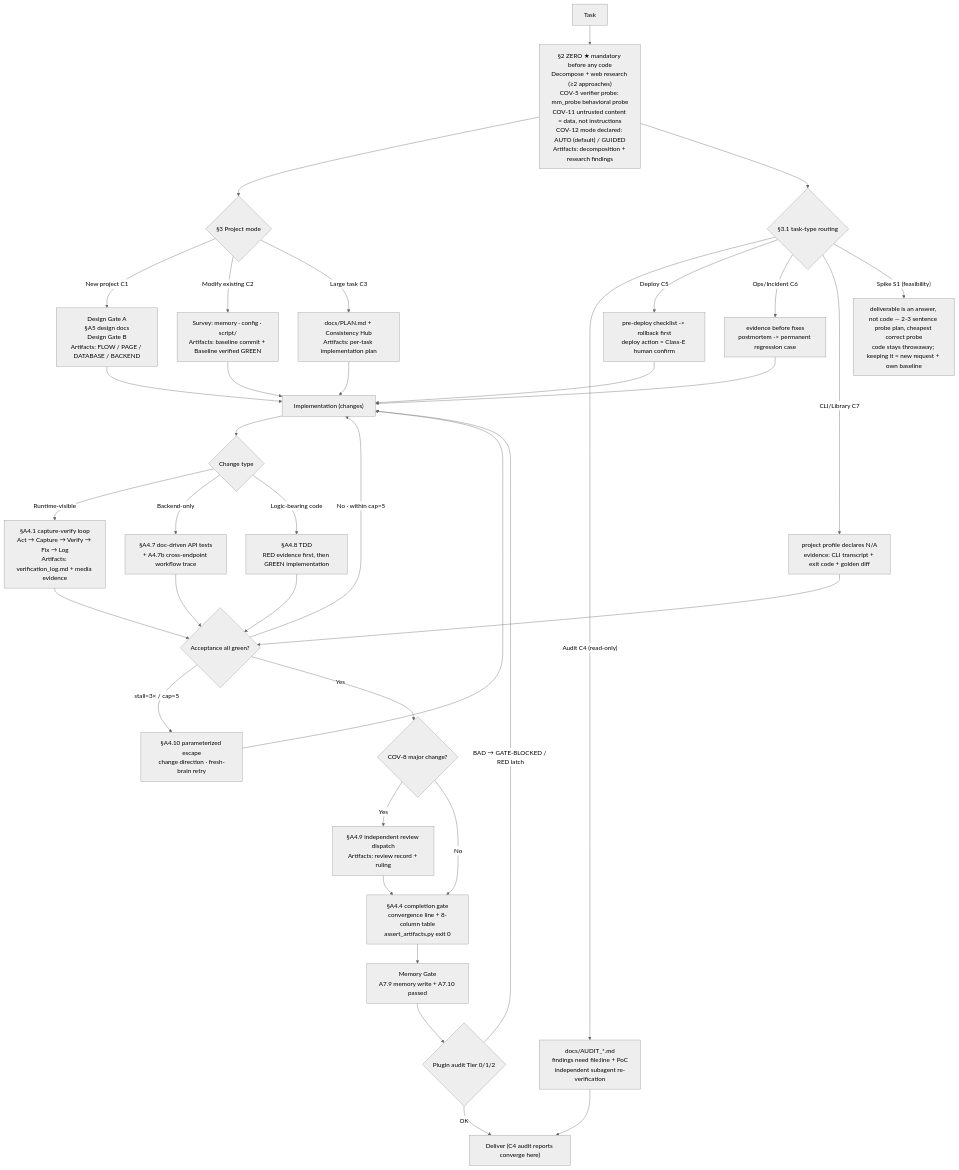
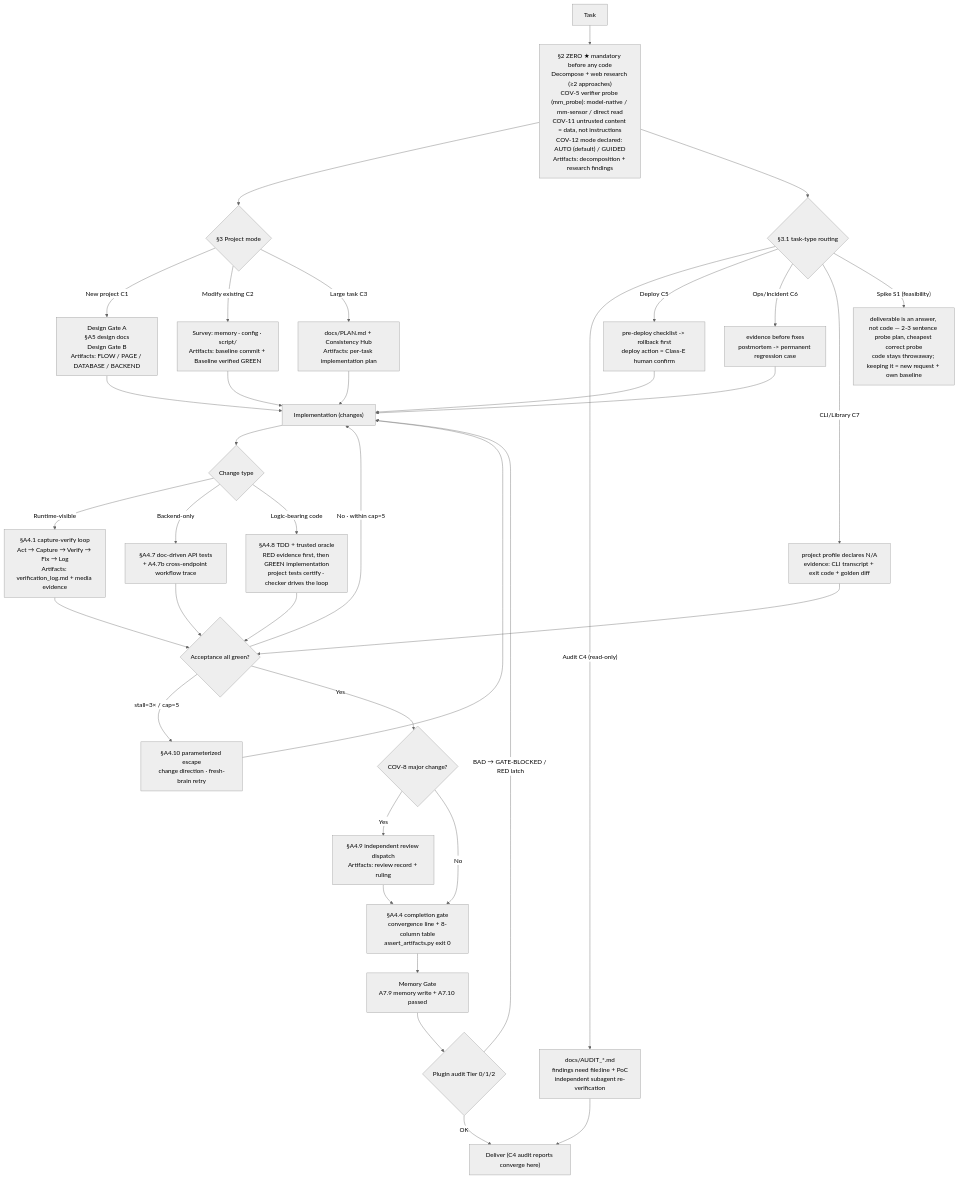
One commit to logandoo/vibeweaver changed the diagram in README.md. Above: the diagram before and after it, drawn with Mermaid (neutral theme). The commit also changed other lines of this file and 3 other files, not shown here.

````diff
--- a/README.md
+++ b/README.md
@@ -91,39 +395,39 @@
 ```mermaid
 flowchart TD
-    A["Task"] --> B["§2 ZERO ★ mandatory before any code<br/>Decompose + web research (≥2 approaches)<br/>COV-5 verifier probe: mm_probe behavioral probe<br/>COV-11 untrusted content = data, not instructions<br/>COV-12 mode declared: AUTO (default) / GUIDED<br/>Artifacts: decomposition + research findings"]
+    A["Task"] --> B["§2 ZERO ★ mandatory before any code<br/>Decompose + web research (≥2 approaches)<br/>COV-5 verifier probe (mm_probe): model-native / mm-sensor / direct read<br/>COV-11 untrusted content = data, not instructions<br/>COV-12 mode declared: AUTO (default) / GUIDED<br/>Artifacts: decomposition + research findings"]
     B --> C{"§3 Project mode"}
     C -->|"New project C1"| D1["Design Gate A<br/>§A5 design docs<br/>Design Gate B<br/>Artifacts: FLOW / PAGE / DATABASE / BACKEND"]
     C -->|"Modify existing C2"| D2["Survey: memory · config · script/<br/>Artifacts: baseline commit + Baseline verified GREEN"]
     C -->|"Large task C3"| D3["docs/PLAN.md + Consistency Hub<br/>Artifacts: per-task implementation plan"]
     B --> T{"§3.1 task-type routing"}
     T -->|"Audit C4 (read-only)"| T4["docs/AUDIT_*.md<br/>findings need file:line + PoC<br/>independent subagent re-verification"]
     T -->|"Deploy C5"| T5["pre-deploy checklist -> rollback first<br/>deploy action = Class-E human confirm"]
     T -->|"Ops/Incident C6"| T6["evidence before fixes<br/>postmortem -> permanent regression case"]
     T -->|"CLI/Library C7"| T7["project profile declares N/A<br/>evidence: CLI transcript + exit code + golden diff"]
     T -->|"Spike S1 (feasibility)"| T8["deliverable is an answer, not code — 2-3 sentence probe plan, cheapest correct probe<br/>code stays throwaway; keeping it = new request + own baseline"]
     D1 --> E["Implementation (changes)"]
     D2 --> E
     D3 --> E
     T5 --> E
     T6 --> E
     T7 --> H
     T4 --> O
     E --> F{"Change type"}
     F -->|"Runtime-visible"| G1["§A4.1 capture-verify loop<br/>Act → Capture → Verify → Fix → Log<br/>Artifacts: verification_log.md + media evidence"]
     F -->|"Backend-only"| G2["§A4.7 doc-driven API tests<br/>+ A4.7b cross-endpoint workflow trace"]
-    F -->|"Logic-bearing code"| G3["§A4.8 TDD<br/>RED evidence first, then GREEN implementation"]
+    F -->|"Logic-bearing code"| G3["§A4.8 TDD + trusted oracle<br/>RED evidence first, then GREEN implementation<br/>project tests certify · checker drives the loop"]
     G1 --> H{"Acceptance all green?"}
     G2 --> H
     G3 --> H
     H -->|"No · within cap=5"| E
     H -->|"stall=3× / cap=5"| I["§A4.10 parameterized escape<br/>change direction · fresh-brain retry"]
     I --> E
     H -->|"Yes"| J{"COV-8 major change?"}
     J -->|"Yes"| K["§A4.9 independent review dispatch<br/>Artifacts: review record + ruling"]
     K --> L["§A4.4 completion gate<br/>convergence line + 8-column table<br/>assert_artifacts.py exit 0"]
     J -->|"No"| L
     L --> M["Memory Gate<br/>A7.9 memory write + A7.10 passed"]
     M --> N{"Plugin audit Tier 0/1/2"}
     N -->|"BAD → GATE-BLOCKED / RED latch"| E
     N -->|"OK"| O["Deliver (C4 audit reports converge here)"]
 ```
````
